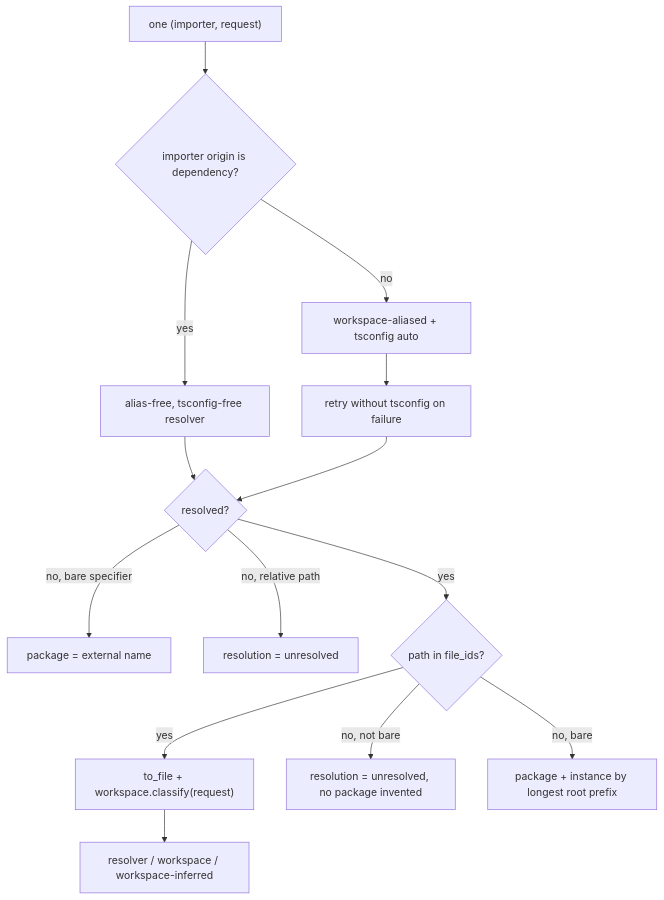
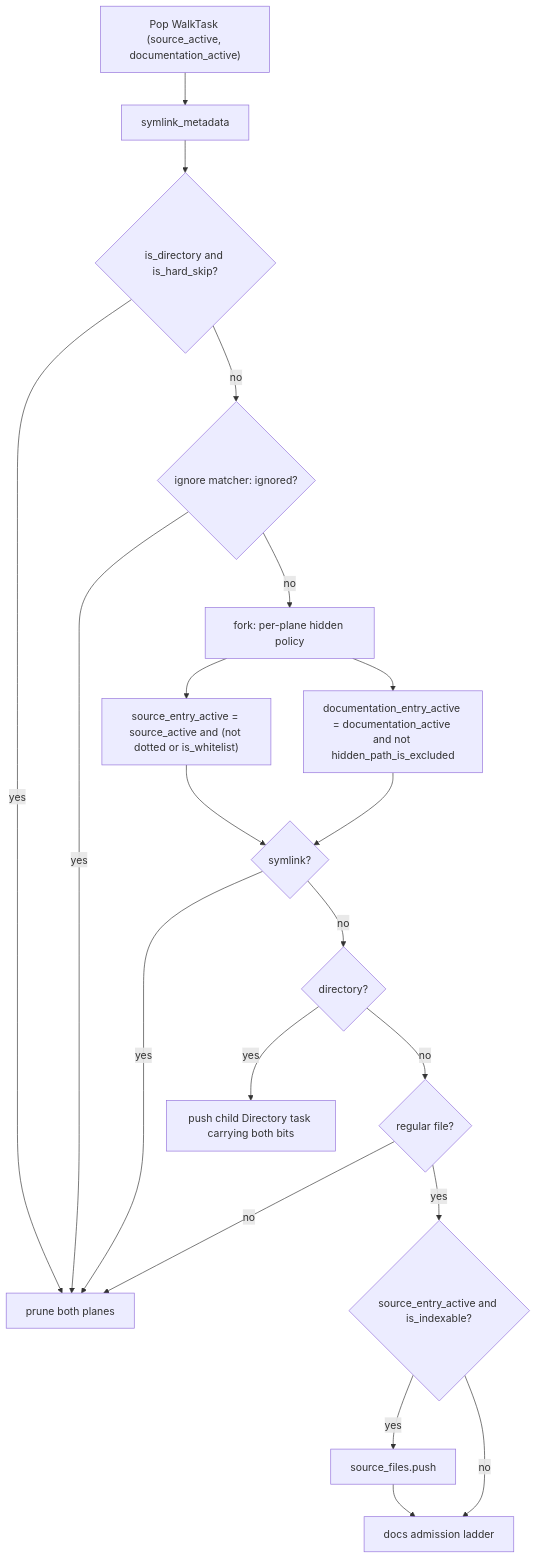
Before and after one commit to iantocristian/jscout: the first of 2 diagrams in docs/codebase-analysis/02-ingestion.md, drawn with Mermaid. The commit also changed other lines of this file and 40 other files, not shown here.

````diff
--- a/docs/codebase-analysis/02-ingestion.md
+++ b/docs/codebase-analysis/02-ingestion.md
@@ -91,16 +40,22 @@
 ```mermaid
 flowchart TD
-  REQ["one (importer, request)"] --> DEP{"importer origin is dependency?"}
-  DEP -->|yes| ARES["alias-free, tsconfig-free resolver"]
-  DEP -->|no| WRES["workspace-aliased + tsconfig auto"]
-  WRES --> FB["retry without tsconfig on failure"]
-  ARES --> OK{"resolved?"}
-  FB --> OK
-  OK -->|no, bare specifier| PKG["package = external name"]
-  OK -->|no, relative path| UNR1["resolution = unresolved"]
-  OK -->|yes| IDX{"path in file_ids?"}
-  IDX -->|yes| CLS["to_file + workspace.classify(request)"]
-  IDX -->|no, not bare| UNR2["resolution = unresolved, no package invented"]
-  IDX -->|no, bare| PINST["package + instance by longest root prefix"]
-  CLS --> RES["resolver / workspace / workspace-inferred"]
+  POP["Pop WalkTask (source_active, documentation_active)"] --> META["symlink_metadata"]
+  META --> HARD{"is_directory and is_hard_skip?"}
+  HARD -- yes --> DROP["prune both planes"]
+  HARD -- no --> IGN{"ignore matcher: ignored?"}
+  IGN -- yes --> DROP
+  IGN -- no --> HID["fork: per-plane hidden policy"]
+  HID --> SRC["source_entry_active = source_active and (not dotted or is_whitelist)"]
+  HID --> DOC["documentation_entry_active = documentation_active and not hidden_path_is_excluded"]
+  SRC --> LINK{"symlink?"}
+  DOC --> LINK
+  LINK -- yes --> DROP
+  LINK -- no --> TYPE{"directory?"}
+  TYPE -- yes --> PUSH["push child Directory task carrying both bits"]
+  TYPE -- no --> FILE{"regular file?"}
+  FILE -- no --> DROP
+  FILE -- yes --> IDX{"source_entry_active and is_indexable?"}
+  IDX -- yes --> CODE["source_files.push"]
+  IDX -- no --> DOCG["docs admission ladder"]
+  CODE --> DOCG
 ```
````
